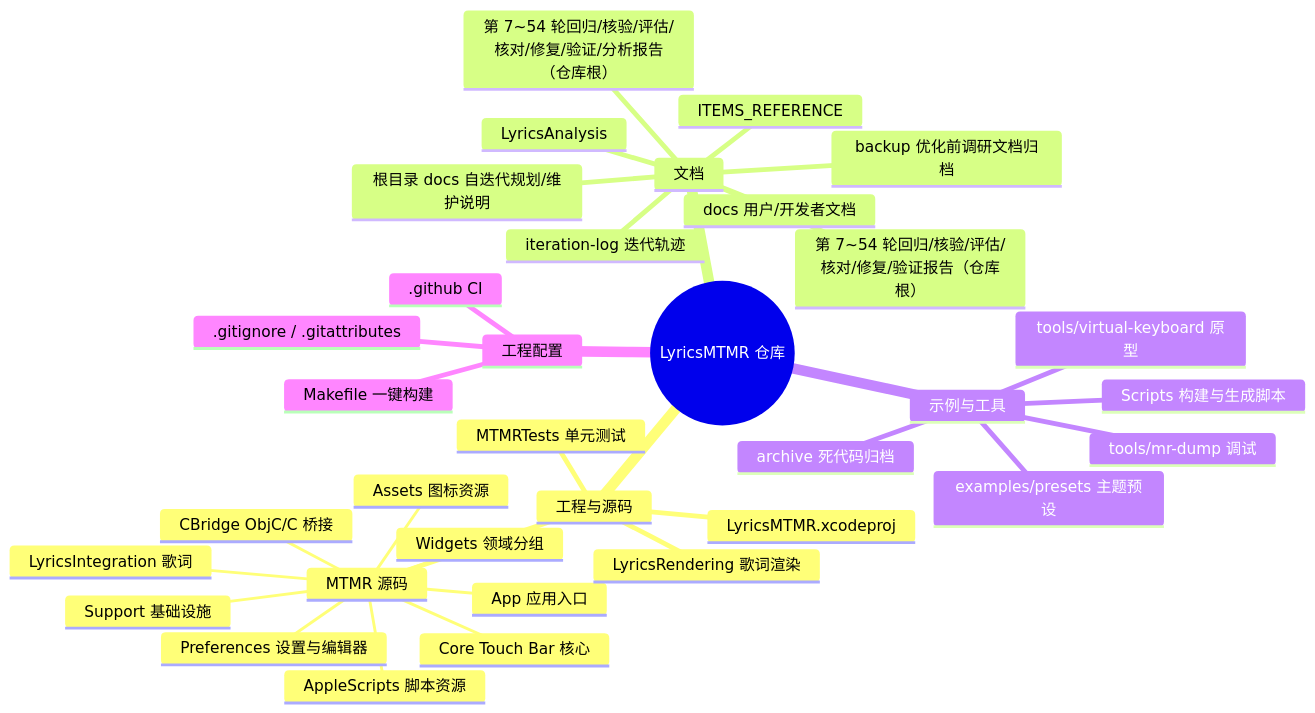
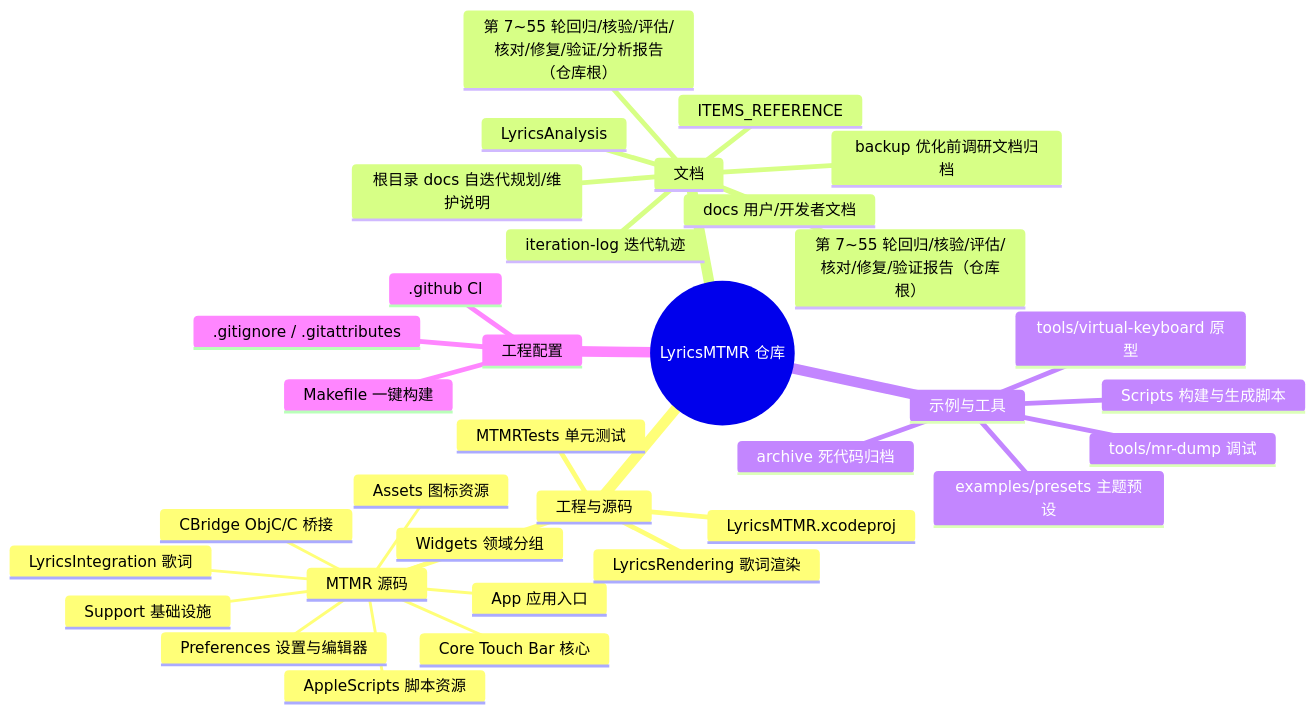
One commit to Tangzishun-Li/LyricsMTMR changed the first of 2 diagrams in LyricsMTMR/docs/file-structure.zh.md. Above: the diagram before and after it, drawn with Mermaid. The commit also changed other lines of this file and 3 other files, not shown here.

````diff
--- a/LyricsMTMR/docs/file-structure.zh.md
+++ b/LyricsMTMR/docs/file-structure.zh.md
@@ -10,37 +10,37 @@
 ```mermaid
 mindmap
   root((LyricsMTMR 仓库))
     工程与源码
       LyricsMTMR.xcodeproj
       MTMR 源码
         App 应用入口
         Core Touch Bar 核心
         Support 基础设施
         Widgets 领域分组
         Preferences 设置与编辑器
         LyricsIntegration 歌词
         CBridge ObjC/C 桥接
         AppleScripts 脚本资源
         Assets 图标资源
       LyricsRendering 歌词渲染
       MTMRTests 单元测试
     文档
       docs 用户/开发者文档
       ITEMS_REFERENCE
       LyricsAnalysis
       backup 优化前调研文档归档
       iteration-log 迭代轨迹
       根目录 docs 自迭代规划/维护说明
-      第 7~54 轮回归/核验/评估/核对/修复/验证/分析报告（仓库根）
-      第 7~54 轮回归/核验/评估/核对/修复/验证报告（仓库根）
+      第 7~55 轮回归/核验/评估/核对/修复/验证/分析报告（仓库根）
+      第 7~55 轮回归/核验/评估/核对/修复/验证报告（仓库根）
     示例与工具
       examples/presets 主题预设
       tools/mr-dump 调试
       tools/virtual-keyboard 原型
       Scripts 构建与生成脚本
       archive 死代码归档
     工程配置
       .github CI
       .gitignore / .gitattributes
       Makefile 一键构建
 ```
````
